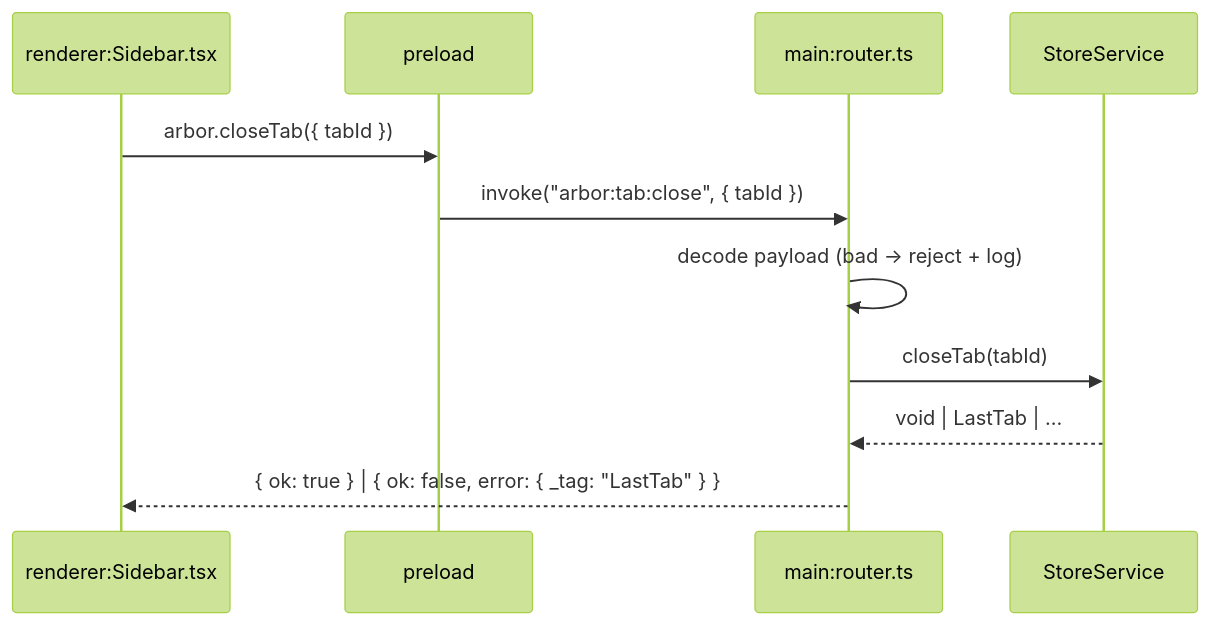
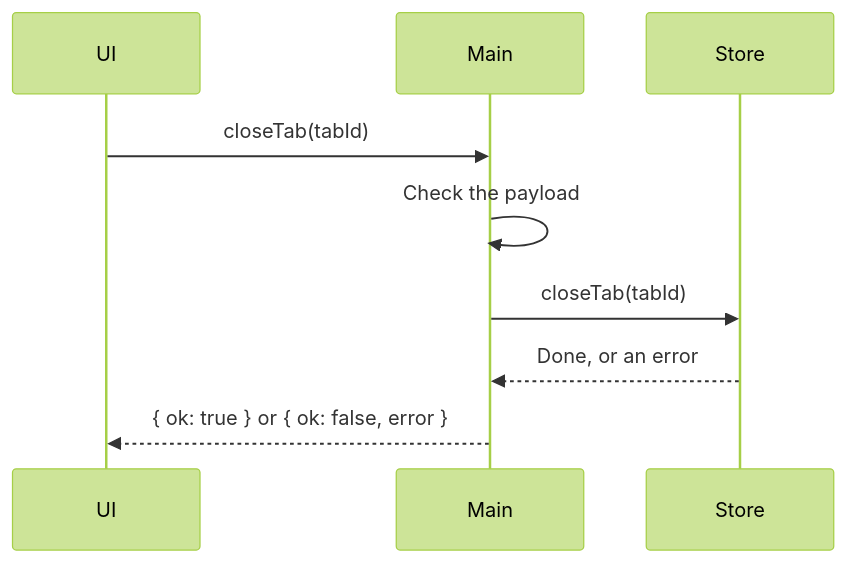
The second of 4 diagrams in docs/architecture/02-ipc.md (rom100main/arbor), drawn with Mermaid (forest theme) before and after one commit. The commit also changed other lines of this file and 6 other files, not shown here.

````diff
--- a/docs/architecture/02-ipc.md
+++ b/docs/architecture/02-ipc.md
@@ -35,13 +31,11 @@
 ```mermaid
 sequenceDiagram
-    participant R as renderer:Sidebar.tsx
-    participant P as preload
-    participant M as main:router.ts
-    participant S as StoreService
-    R->>P: arbor.closeTab({ tabId })
-    P->>M: invoke("arbor:tab:close", { tabId })
-    M->>M: decode payload (bad -> reject + log)
+    participant R as UI
+    participant M as Main
+    participant S as Store
+    R->>M: closeTab(tabId)
+    M->>M: Check the payload
     M->>S: closeTab(tabId)
-    S-->>M: void | LastTab | ...
-    M-->>R: { ok: true } | { ok: false, error: { _tag: "LastTab" } }
+    S-->>M: Done, or an error
+    M-->>R: { ok: true } or { ok: false, error }
 ```
````
